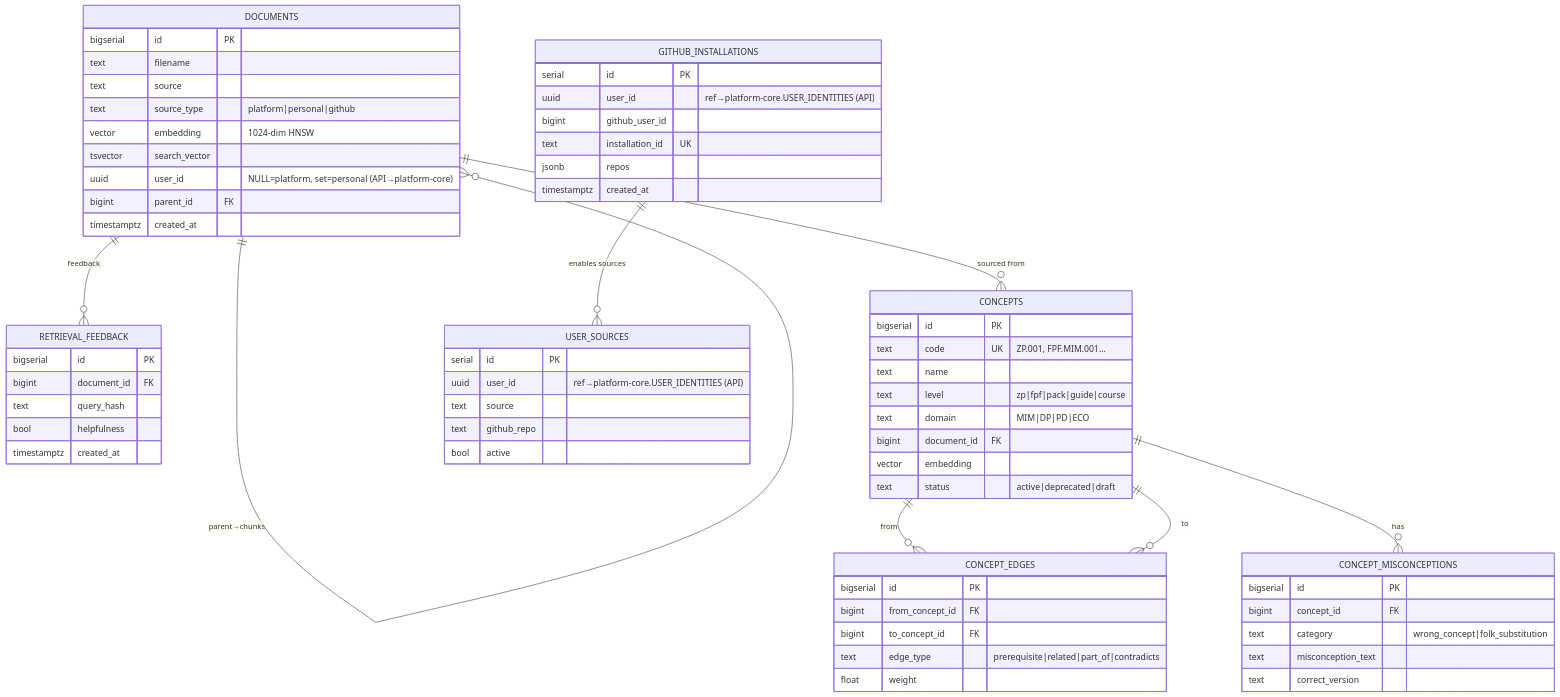
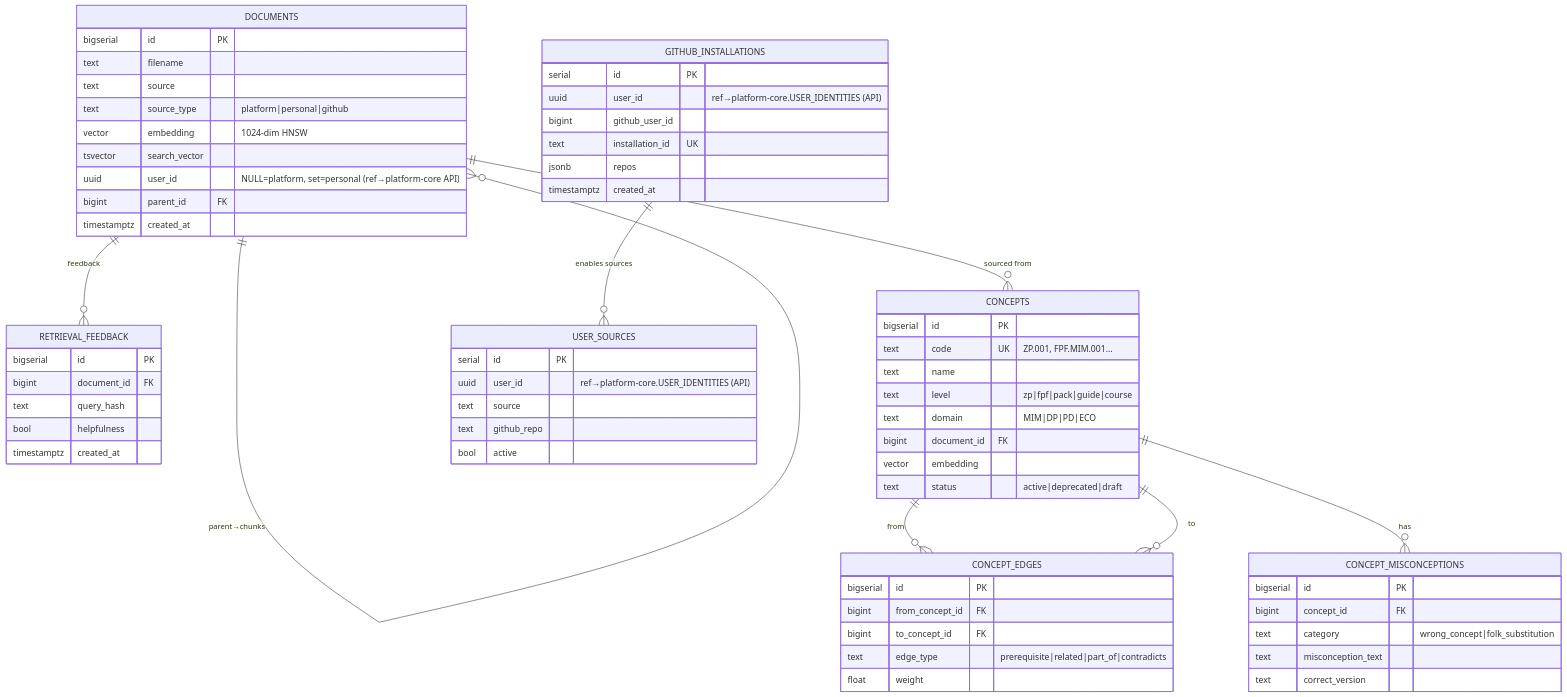
Before and after one commit to TserenTserenov/PACK-digital-platform: the fourth of 8 diagrams in pack/digital-platform/02-domain-entities/DP.ARCH.004-neon-data-architecture.md, drawn with Mermaid. The commit also changed other lines of this file, not shown here.

First line of the commit message:
refactor(dp.arch.004): resolve architecture review findings

````diff
--- a/pack/digital-platform/02-domain-entities/DP.ARCH.004-neon-data-architecture.md
+++ b/pack/digital-platform/02-domain-entities/DP.ARCH.004-neon-data-architecture.md
@@ -282,74 +311,74 @@
 ```mermaid
 erDiagram
     DOCUMENTS {
         bigserial   id              PK
         text        filename
         text        source
         text        source_type     "platform|personal|github"
         vector      embedding       "1024-dim HNSW"
         tsvector    search_vector
-        uuid        user_id         "NULL=platform, set=personal (API→platform-core)"
+        uuid        user_id         "NULL=platform, set=personal (ref→platform-core API)"
         bigint      parent_id       FK
         timestamptz created_at
     }
 
     RETRIEVAL_FEEDBACK {
         bigserial   id              PK
         bigint      document_id     FK
         text        query_hash
         bool        helpfulness
         timestamptz created_at
     }
 
     CONCEPTS {
         bigserial   id              PK
         text        code            UK  "ZP.001, FPF.MIM.001…"
         text        name
         text        level           "zp|fpf|pack|guide|course"
         text        domain          "MIM|DP|PD|ECO"
         bigint      document_id     FK
         vector      embedding
         text        status          "active|deprecated|draft"
     }
 
     CONCEPT_EDGES {
         bigserial   id              PK
         bigint      from_concept_id FK
         bigint      to_concept_id   FK
         text        edge_type       "prerequisite|related|part_of|contradicts"
         float       weight
     }
 
     CONCEPT_MISCONCEPTIONS {
         bigserial   id              PK
         bigint      concept_id      FK
         text        category        "wrong_concept|folk_substitution"
         text        misconception_text
         text        correct_version
     }
 
     GITHUB_INSTALLATIONS {
         serial      id              PK
         uuid        user_id         "ref→platform-core.USER_IDENTITIES (API)"
         bigint      github_user_id
         text        installation_id UK
         jsonb       repos
         timestamptz created_at
     }
 
     USER_SOURCES {
         serial      id              PK
         uuid        user_id         "ref→platform-core.USER_IDENTITIES (API)"
         text        source
         text        github_repo
         bool        active
     }
 
     DOCUMENTS ||--o{ DOCUMENTS : "parent→chunks"
     DOCUMENTS ||--o{ RETRIEVAL_FEEDBACK : "feedback"
     DOCUMENTS ||--o{ CONCEPTS : "sourced from"
     CONCEPTS ||--o{ CONCEPT_EDGES : "from"
     CONCEPTS ||--o{ CONCEPT_EDGES : "to"
     CONCEPTS ||--o{ CONCEPT_MISCONCEPTIONS : "has"
     GITHUB_INSTALLATIONS ||--o{ USER_SOURCES : "enables sources"
 ```
````
